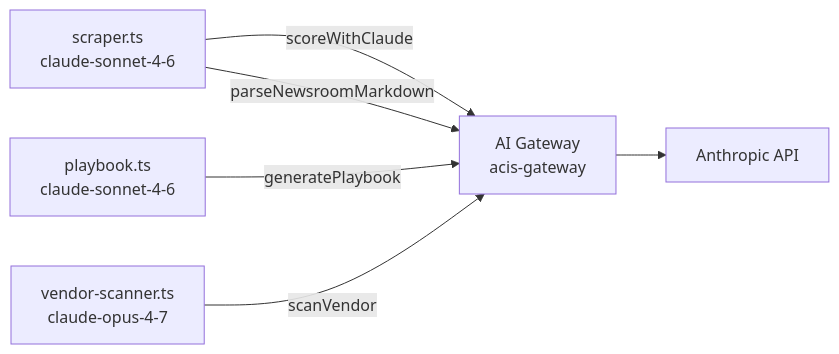
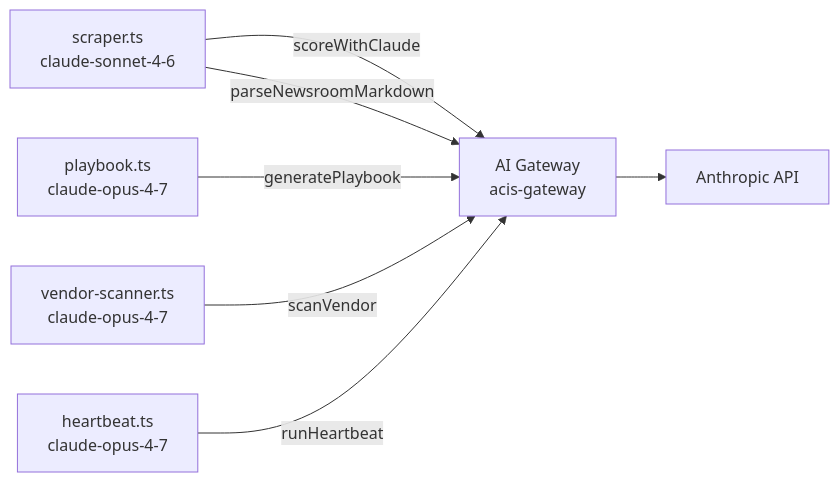
One commit to ross0nline/acis changed the diagram in ainotebook/011-claude-api-usage-inventory.md. Above: the diagram before and after it, drawn with Mermaid. The commit also changed other lines of this file and 9 other files, not shown here.

````diff
--- a/ainotebook/011-claude-api-usage-inventory.md
+++ b/ainotebook/011-claude-api-usage-inventory.md
@@ -12,12 +12,14 @@
 ```mermaid
 flowchart LR
     scraper["scraper.ts\nclaude-sonnet-4-6"]
-    playbook["playbook.ts\nclaude-sonnet-4-6"]
+    playbook["playbook.ts\nclaude-opus-4-7"]
     scanner["vendor-scanner.ts\nclaude-opus-4-7"]
+    heartbeat["heartbeat.ts\nclaude-opus-4-7"]
 
     scraper -->|scoreWithClaude| GW["AI Gateway\nacis-gateway"]
     scraper -->|parseNewsroomMarkdown| GW
     playbook -->|generatePlaybook| GW
     scanner -->|scanVendor| GW
+    heartbeat -->|runHeartbeat| GW
     GW --> API["Anthropic API"]
 ```
````
